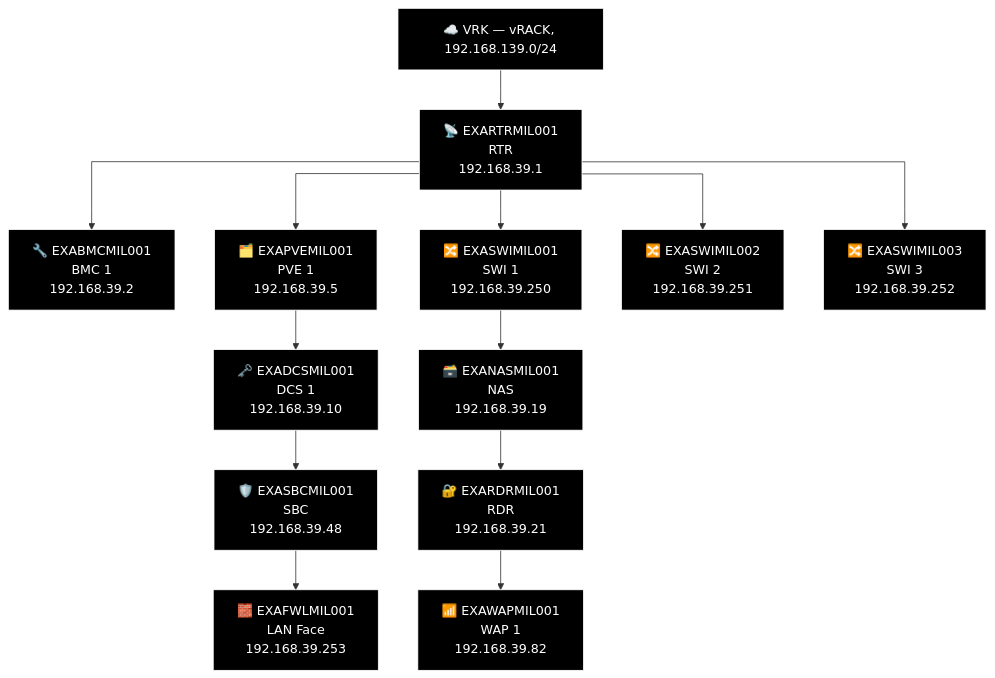
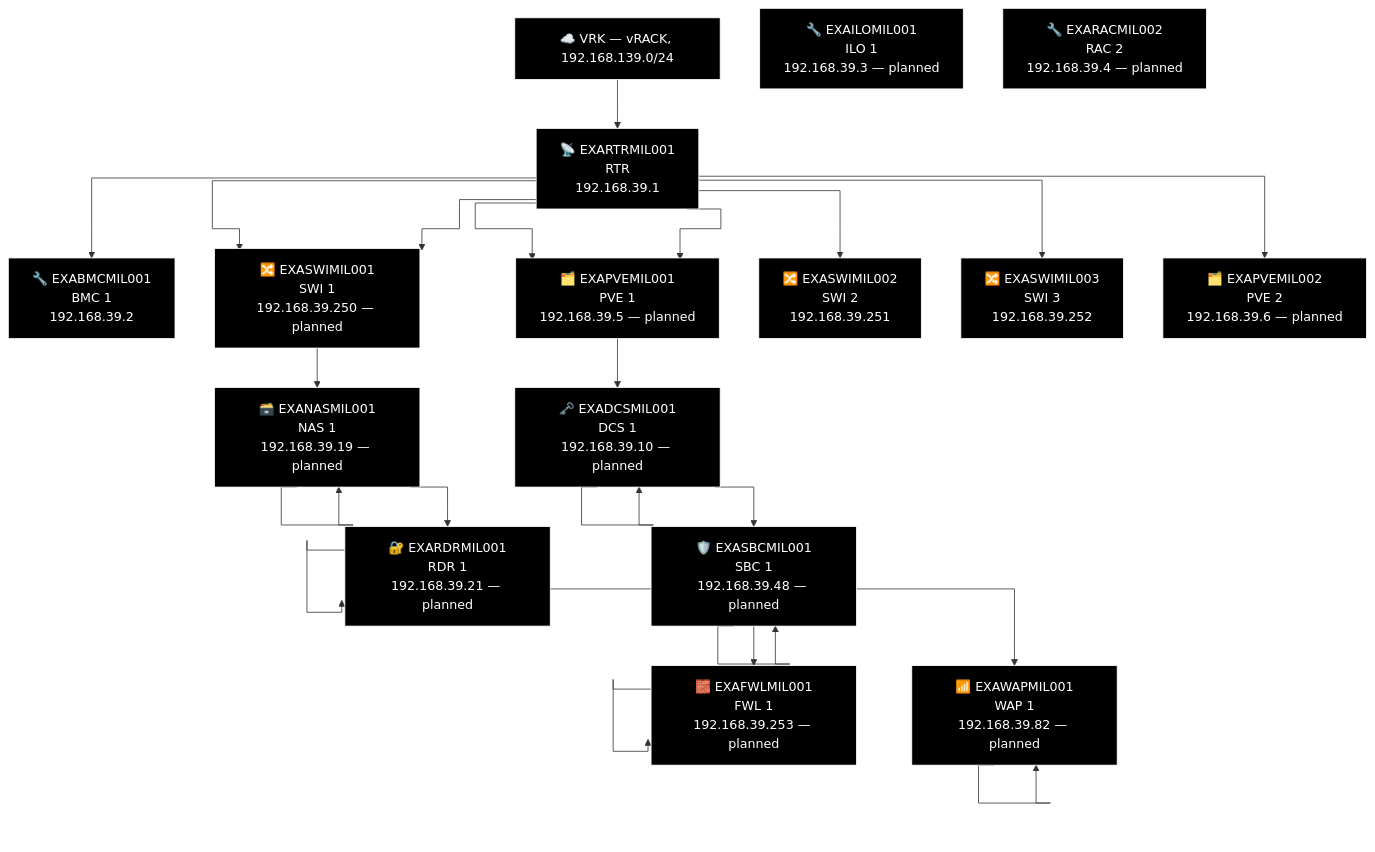
One commit to knightmare2600/example_music_infra changed the second of 2 diagrams in docs/network-diagram/italia.md. Above: the diagram before and after it, drawn with Mermaid. The commit also changed 10 other files, not shown here.

````diff
--- a/docs/network-diagram/italia.md
+++ b/docs/network-diagram/italia.md
@@ -31,40 +31,65 @@
 ```mermaid
 %% GENERATED:TOPOLOGY:MIL:START
 %%{init: {'flowchart': {'curve': 'stepAfter'}}}%%
 graph TD
     T_VRK["☁️ VRK — vRACK, 192.168.139.0/24"]
     T_RTR["📡 EXARTRMIL001<br/>RTR<br/>192.168.39.1"]
     T_VRK --> T_RTR
     T_BMC["🔧 EXABMCMIL001<br/>BMC 1<br/>192.168.39.2"]
     T_RTR --> T_BMC
     T_PVE["🗂️ EXAPVEMIL001<br/>PVE 1<br/>192.168.39.5"]
     T_RTR --> T_PVE
     T_SWI["🔀 EXASWIMIL001<br/>SWI 1<br/>192.168.39.250"]
     T_RTR --> T_SWI
     T_SWI2["🔀 EXASWIMIL002<br/>SWI 2<br/>192.168.39.251"]
     T_RTR --> T_SWI2
     T_SWI3["🔀 EXASWIMIL003<br/>SWI 3<br/>192.168.39.252"]
     T_RTR --> T_SWI3
+    T_SWI["🔀 EXASWIMIL001<br/>SWI 1<br/>192.168.39.250 — planned"]
+    T_RTR --> T_SWI
+    T_PVE["🗂️ EXAPVEMIL001<br/>PVE 1<br/>192.168.39.5 — planned"]
+    T_RTR --> T_PVE
+    T_PVE2["🗂️ EXAPVEMIL002<br/>PVE 2<br/>192.168.39.6 — planned"]
+    T_RTR --> T_PVE2
     T_NAS["🗃️ EXANASMIL001<br/>NAS<br/>192.168.39.19"]
+    T_NAS["🗃️ EXANASMIL001<br/>NAS 1<br/>192.168.39.19 — planned"]
     T_RDR["🔐 EXARDRMIL001<br/>RDR<br/>192.168.39.21"]
+    T_RDR["🔐 EXARDRMIL001<br/>RDR 1<br/>192.168.39.21 — planned"]
     T_WAP["📶 EXAWAPMIL001<br/>WAP 1<br/>192.168.39.82"]
-    T_SWI --> T_NAS --> T_RDR --> T_WAP
+    T_WAP["📶 EXAWAPMIL001<br/>WAP 1<br/>192.168.39.82 — planned"]
+    T_SWI --> T_NAS --> T_NAS --> T_RDR --> T_RDR --> T_WAP --> T_WAP
     T_DCS["🗝️ EXADCSMIL001<br/>DCS 1<br/>192.168.39.10"]
+    T_DCS["🗝️ EXADCSMIL001<br/>DCS 1<br/>192.168.39.10 — planned"]
     T_SBC["🛡️ EXASBCMIL001<br/>SBC<br/>192.168.39.48"]
+    T_SBC["🛡️ EXASBCMIL001<br/>SBC 1<br/>192.168.39.48 — planned"]
     T_FWL["🧱 EXAFWLMIL001<br/>LAN Face<br/>192.168.39.253"]
-    T_PVE --> T_DCS --> T_SBC --> T_FWL
+    T_FWL["🧱 EXAFWLMIL001<br/>FWL 1<br/>192.168.39.253 — planned"]
+    T_PVE --> T_DCS --> T_DCS --> T_SBC --> T_SBC --> T_FWL --> T_FWL
+    T_ILO["🔧 EXAILOMIL001<br/>ILO 1<br/>192.168.39.3 — planned"]
+    T_RAC["🔧 EXARACMIL002<br/>RAC 2<br/>192.168.39.4 — planned"]
     style T_VRK fill:#000000,stroke:#FFFFFF,color:#FFFFFF
     style T_RTR fill:#000000,stroke:#FFFFFF,color:#FFFFFF
     style T_BMC fill:#000000,stroke:#FFFFFF,color:#FFFFFF
     style T_PVE fill:#000000,stroke:#FFFFFF,color:#FFFFFF
     style T_SWI fill:#000000,stroke:#FFFFFF,color:#FFFFFF
     style T_SWI2 fill:#000000,stroke:#FFFFFF,color:#FFFFFF
     style T_SWI3 fill:#000000,stroke:#FFFFFF,color:#FFFFFF
+    style T_SWI fill:#000000,stroke:#FFFFFF,color:#FFFFFF
+    style T_PVE fill:#000000,stroke:#FFFFFF,color:#FFFFFF
+    style T_PVE2 fill:#000000,stroke:#FFFFFF,color:#FFFFFF
+    style T_NAS fill:#000000,stroke:#FFFFFF,color:#FFFFFF
     style T_NAS fill:#000000,stroke:#FFFFFF,color:#FFFFFF
     style T_RDR fill:#000000,stroke:#FFFFFF,color:#FFFFFF
+    style T_RDR fill:#000000,stroke:#FFFFFF,color:#FFFFFF
+    style T_WAP fill:#000000,stroke:#FFFFFF,color:#FFFFFF
     style T_WAP fill:#000000,stroke:#FFFFFF,color:#FFFFFF
     style T_DCS fill:#000000,stroke:#FFFFFF,color:#FFFFFF
+    style T_DCS fill:#000000,stroke:#FFFFFF,color:#FFFFFF
+    style T_SBC fill:#000000,stroke:#FFFFFF,color:#FFFFFF
     style T_SBC fill:#000000,stroke:#FFFFFF,color:#FFFFFF
     style T_FWL fill:#000000,stroke:#FFFFFF,color:#FFFFFF
+    style T_FWL fill:#000000,stroke:#FFFFFF,color:#FFFFFF
+    style T_ILO fill:#000000,stroke:#FFFFFF,color:#FFFFFF
+    style T_RAC fill:#000000,stroke:#FFFFFF,color:#FFFFFF
 %% GENERATED:TOPOLOGY:MIL:END
 ```
````
